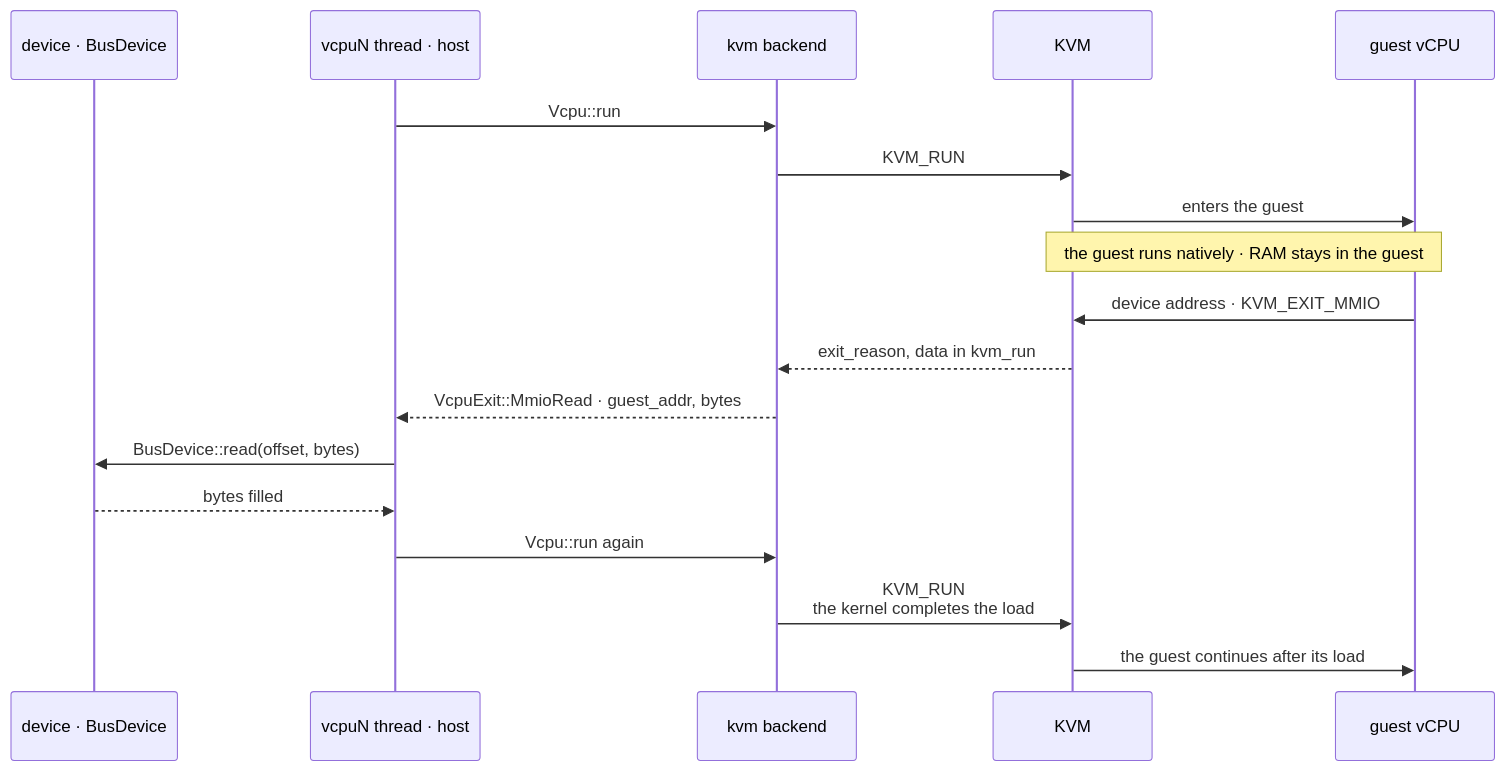
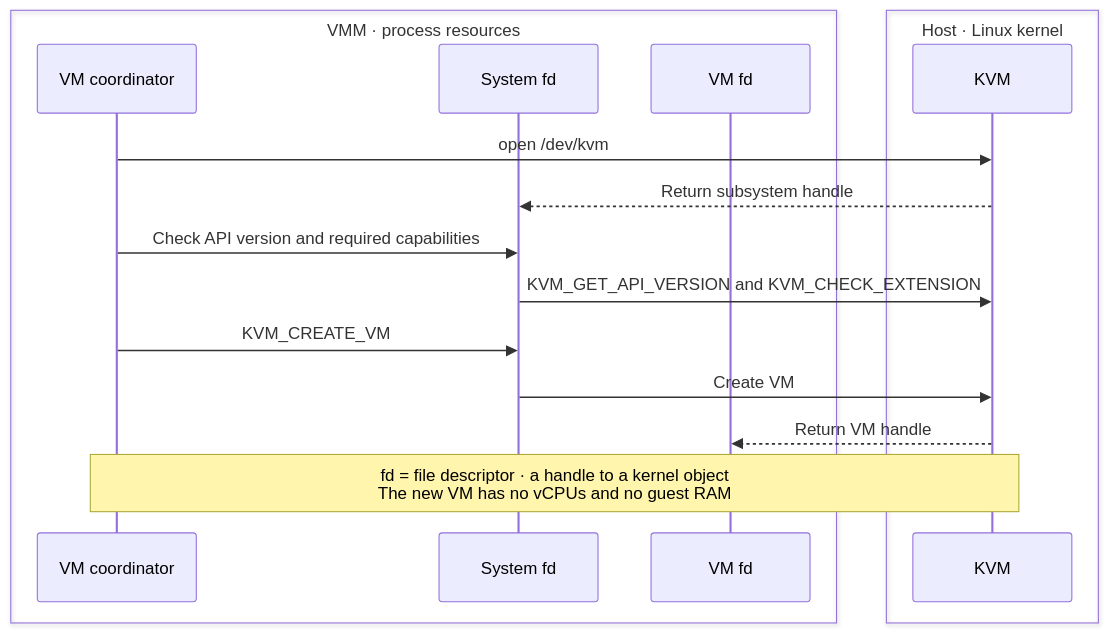
Before and after one commit to boxlite-ai/boxlite: the second of 14 diagrams in docs/architecture/vmm/kvm.md, drawn with Mermaid. The commit also changed other lines of this file and 3 other files, not shown here.

````diff
--- a/docs/architecture/vmm/kvm.md
+++ b/docs/architecture/vmm/kvm.md
@@ -41,31 +60,26 @@
 ```mermaid
 sequenceDiagram
-  participant device as device · BusDevice
-  participant vcpu as vcpuN thread · host
-  participant backend as kvm backend
-  participant host as KVM
-  participant guest as guest vCPU
-  %% edge:t_run
-  vcpu->>backend: Vcpu::run
-  %% edge:t_host_run
-  backend->>host: KVM_RUN
-  %% edge:t_enter
-  host->>guest: enters the guest
-  Note over host,guest: the guest runs natively · RAM stays in the guest
-  %% edge:t_trap
-  guest->>host: device address · KVM_EXIT_MMIO
-  %% edge:t_exit
-  host-->>backend: exit_reason, data in kvm_run
-  %% edge:t_vcpu_exit
-  backend-->>vcpu: VcpuExit::MmioRead · guest_addr, bytes
-  %% edge:t_bus
-  vcpu->>device: BusDevice::read(offset, bytes)
-  %% edge:t_filled
-  device-->>vcpu: bytes filled
-  %% edge:t_again
-  vcpu->>backend: Vcpu::run again
-  %% edge:t_complete
-  backend->>host: KVM_RUN<br/>the kernel completes the load
-  %% edge:t_resume
-  host->>guest: the guest continues after its load
+  box VMM · process resources
+    participant coordinator as VM coordinator
+    participant system_fd as System fd
+    participant vm_fd as VM fd
+  end
+  box Host · Linux kernel
+    participant host_api as KVM
+  end
+  %% edge:kvm_3_e1
+  coordinator->>host_api: open /dev/kvm
+  %% edge:kvm_3_e2
+  host_api-->>system_fd: Return subsystem handle
+  %% edge:kvm_3_e3
+  coordinator->>system_fd: Check API version and required capabilities
+  %% edge:kvm_3_e4
+  system_fd->>host_api: KVM_GET_API_VERSION and KVM_CHECK_EXTENSION
+  %% edge:kvm_3_e5
+  coordinator->>system_fd: KVM_CREATE_VM
+  %% edge:kvm_3_e6
+  system_fd->>host_api: Create VM
+  %% edge:kvm_3_e7
+  host_api-->>vm_fd: Return VM handle
+  Note over coordinator,host_api: fd = file descriptor · a handle to a kernel object<br/>The new VM has no vCPUs and no guest RAM
 ```
````
